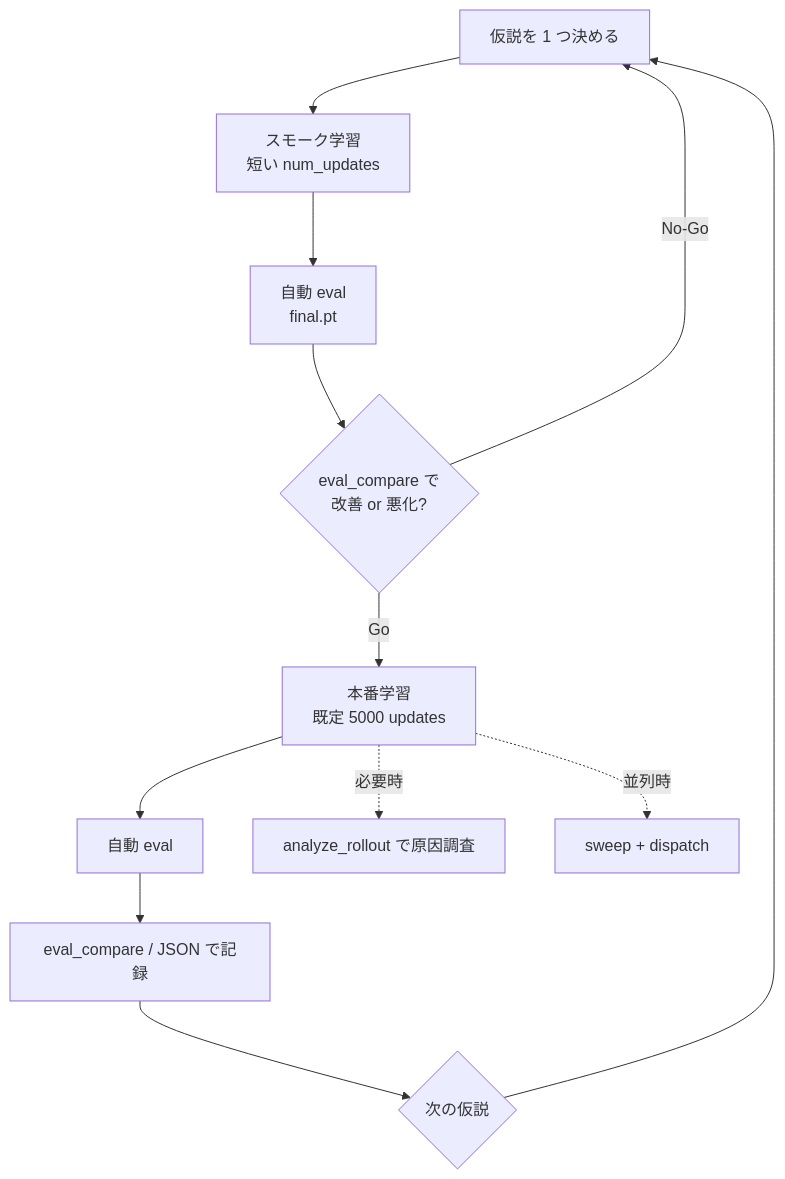
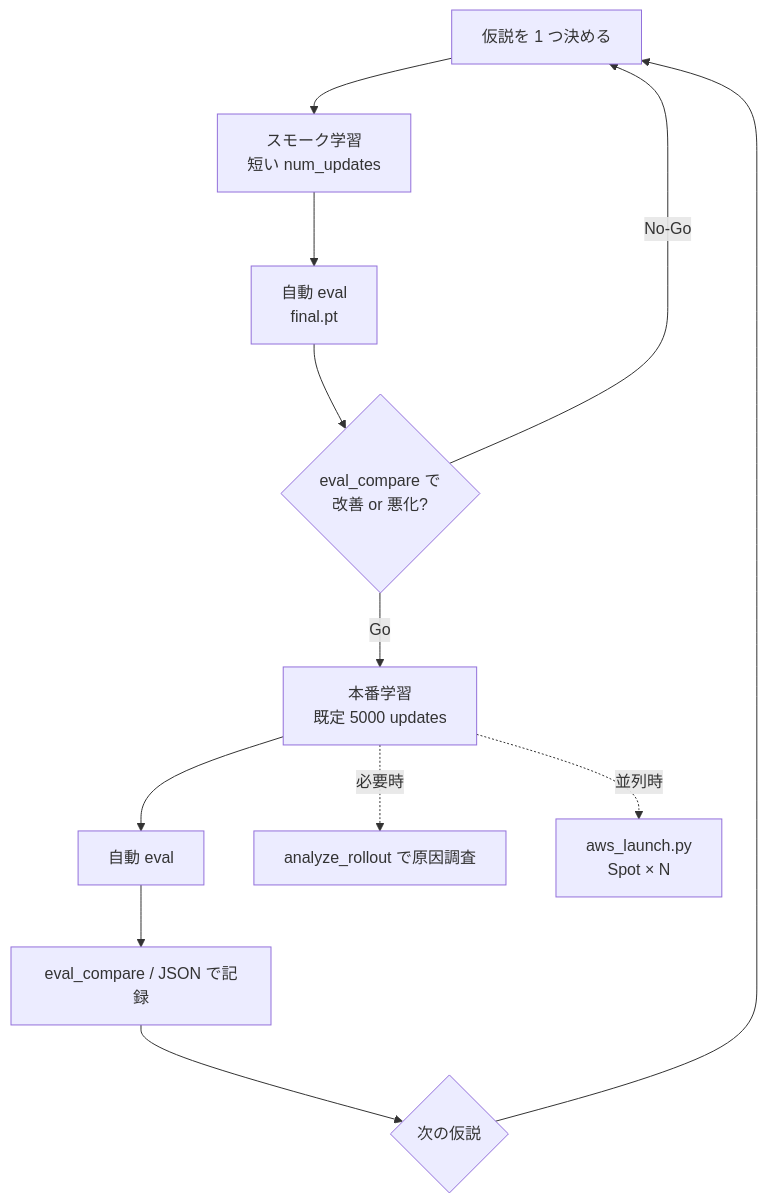
The diagram in mujoco-sim/mujoco_rl_sim/experiments/exp_030_biped_ppo_walk/README.md (yuuki1645/yuuki-lab), drawn with Mermaid before and after one commit. The commit also changed other lines of this file and 3 other files, not shown here.

````diff
--- a/mujoco-sim/mujoco_rl_sim/experiments/exp_030_biped_ppo_walk/README.md
+++ b/mujoco-sim/mujoco_rl_sim/experiments/exp_030_biped_ppo_walk/README.md
@@ -39,14 +39,14 @@
 ```mermaid
 flowchart TD
   H[仮説を 1 つ決める] --> S[スモーク学習<br/>短い num_updates]
   S --> E1[自動 eval<br/>final.pt]
   E1 --> C{eval_compare で<br/>改善 or 悪化?}
   C -->|No-Go| H
   C -->|Go| F[本番学習<br/>既定 5000 updates]
   F --> E2[自動 eval]
   E2 --> R[eval_compare / JSON で記録]
   R --> D{次の仮説}
   D --> H
   F -.->|必要時| DBG[analyze_rollout で原因調査]
-  F -.->|並列時| SW[sweep + dispatch]
+  F -.->|並列時| SW[aws_launch.py<br/>Spot × N]
 ```
````
